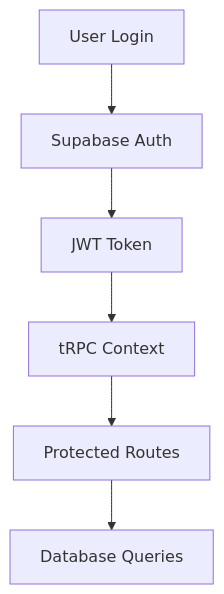
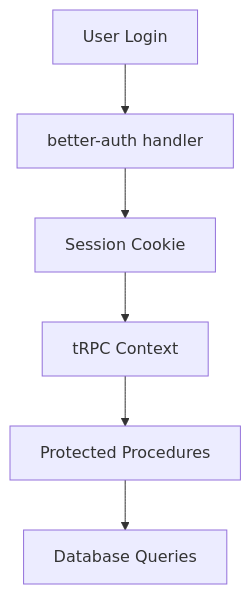
One commit to bigdropincs/kit changed the diagram in apps/web/content/docs/architecture/authentication.mdx. Above: the diagram before and after it, drawn with Mermaid. The commit also changed other lines of this file and 10 other files, not shown here.

````diff
--- a/apps/web/content/docs/architecture/authentication.mdx
+++ b/apps/web/content/docs/architecture/authentication.mdx
@@ -23,8 +19,8 @@
 ```mermaid
 graph TD
-    A[User Login] --> B[Supabase Auth]
-    B --> C[JWT Token]
+    A[User Login] --> B[better-auth handler]
+    B --> C[Session Cookie]
     C --> D[tRPC Context]
-    D --> E[Protected Routes]
+    D --> E[Protected Procedures]
     E --> F[Database Queries]
 ```
````
